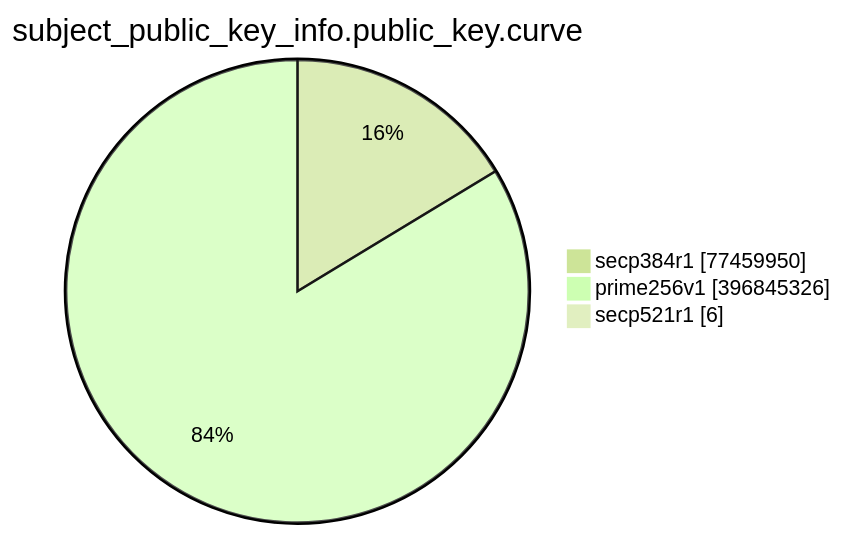
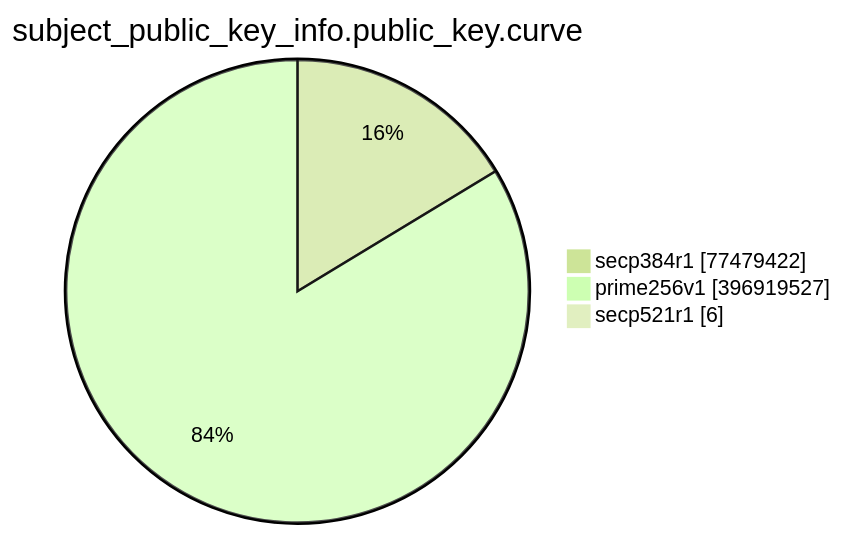
One commit to christiankrug/ctmonitor_visualization changed the eighth of 15 diagrams in TOTAL/README.md. Above: the diagram before and after it, drawn with Mermaid (forest theme). The commit also changed other lines of this file, not shown here.

````diff
--- a/TOTAL/README.md
+++ b/TOTAL/README.md
@@ -3095,7 +3095,7 @@
 ```mermaid
 pie showData
 title subject_public_key_info.public_key.curve
-"secp384r1" :77459950
-"prime256v1" :396845326
+"secp384r1" :77479422
+"prime256v1" :396919527
 "secp521r1" :6
 ```
````
